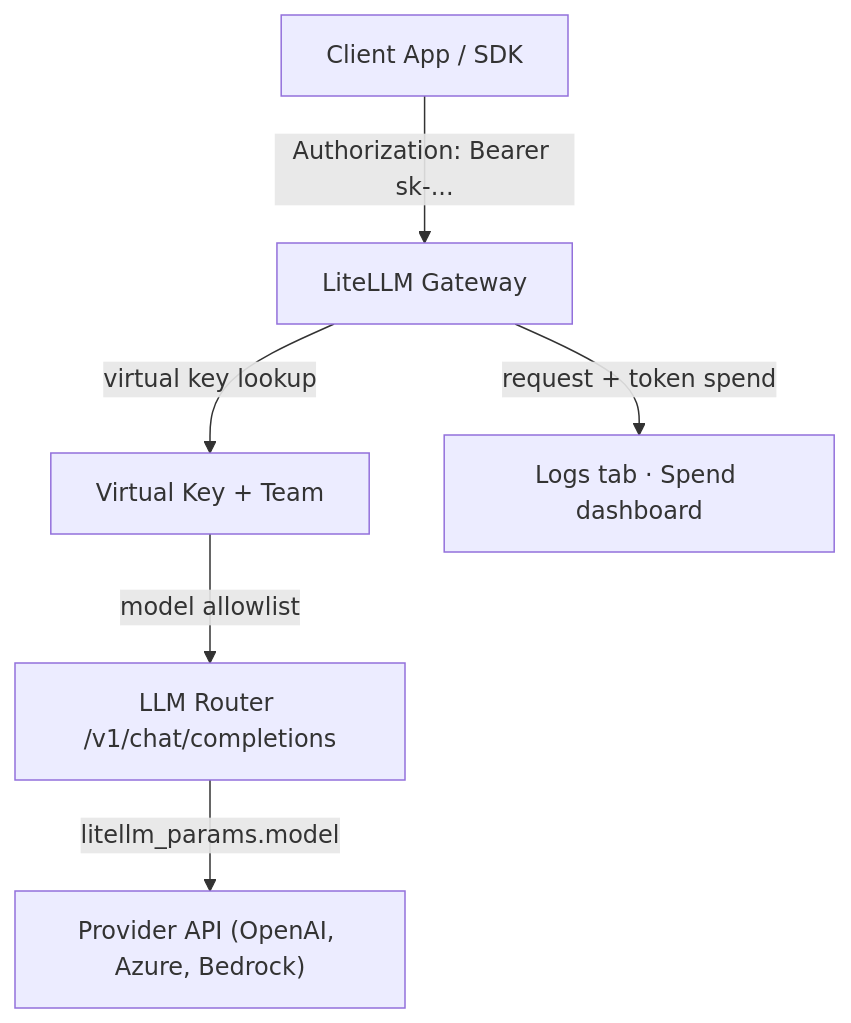
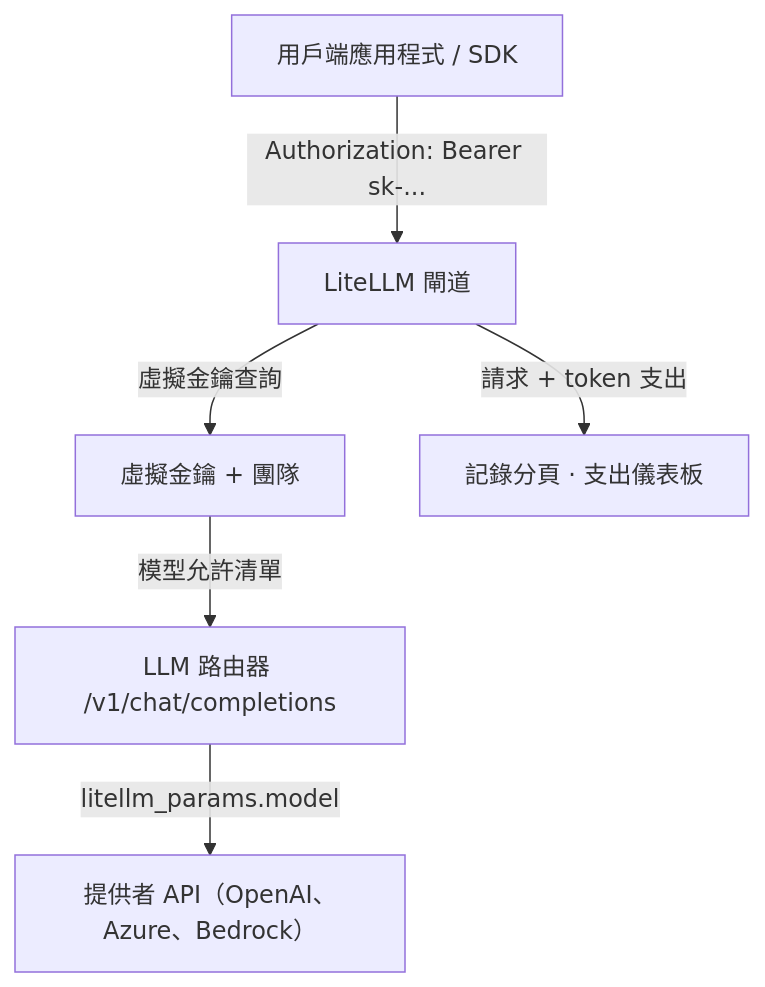
Before and after one commit to doggy8088/litellm-docs: the second of 4 diagrams in docs/learn/enterprise_quickstart.md, drawn with Mermaid. The commit also changed other lines of this file and 1412 other files, not shown here.

````diff
--- a/docs/learn/enterprise_quickstart.md
+++ b/docs/learn/enterprise_quickstart.md
@@ -306,9 +392,9 @@
 ```mermaid
 flowchart TD
-    APP["Client App / SDK"]
-    APP -->|"Authorization: Bearer sk-..."| PROXY["LiteLLM Gateway"]
-    PROXY -->|"virtual key lookup"| KEY["Virtual Key + Team"]
-    KEY -->|"model allowlist"| ROUTE["LLM Router /v1/chat/completions"]
-    ROUTE -->|"litellm_params.model"| PROVIDER["Provider API (OpenAI, Azure, Bedrock)"]
-    PROXY -->|"request + token spend"| LOGS["Logs tab · Spend dashboard"]
+    APP["用戶端應用程式 / SDK"]
+    APP -->|"Authorization: Bearer sk-..."| PROXY["LiteLLM 閘道"]
+    PROXY -->|"虛擬金鑰查詢"| KEY["虛擬金鑰 + 團隊"]
+    KEY -->|"模型允許清單"| ROUTE["LLM 路由器 /v1/chat/completions"]
+    ROUTE -->|"litellm_params.model"| PROVIDER["提供者 API（OpenAI、Azure、Bedrock）"]
+    PROXY -->|"請求 + token 支出"| LOGS["記錄分頁 · 支出儀表板"]
 ```
````
